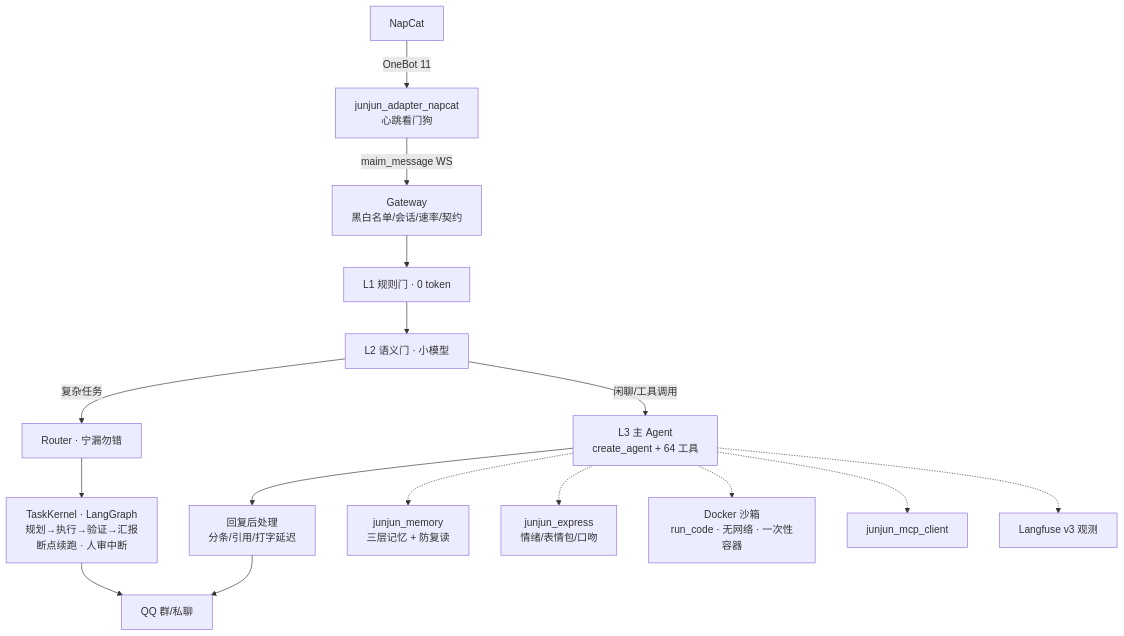
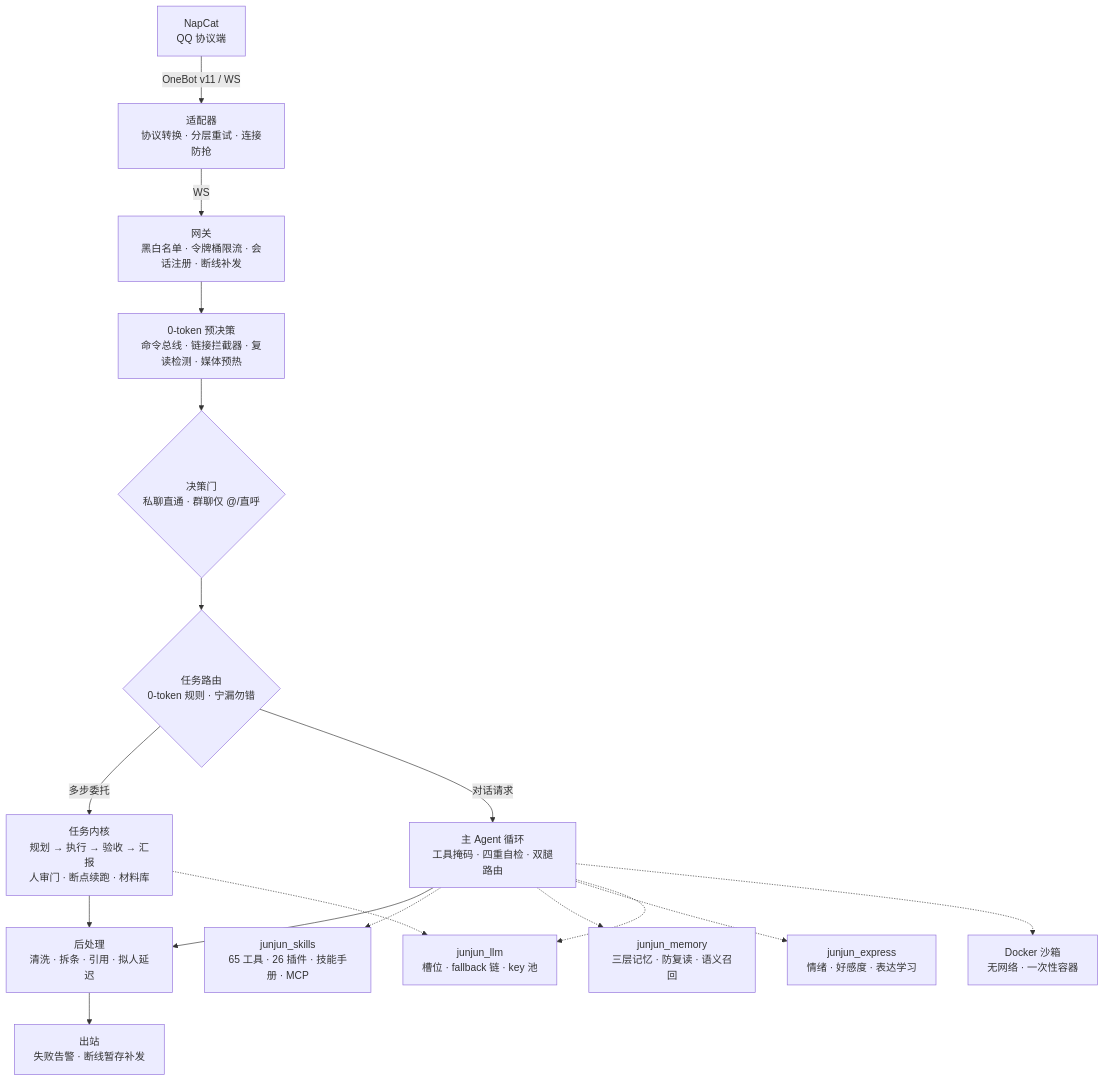
The first of 2 diagrams in README.md (wenjinqing/JunJun_Agent), drawn with Mermaid before and after one commit. The commit also changed other lines of this file, not shown here.

````diff
--- a/README.md
+++ b/README.md
@@ -20,18 +74,19 @@
 ```mermaid
 flowchart TD
-    NC[NapCat] -->|OneBot 11| AD[junjun_adapter_napcat<br/>心跳看门狗]
-    AD -->|maim_message WS| GW[Gateway<br/>黑白名单/会话/速率/契约]
-    GW --> L1[L1 规则门 · 0 token]
-    L1 --> L2[L2 语义门 · 小模型]
-    L2 -->|闲聊/工具调用| L3[L3 主 Agent<br/>create_agent + 64 工具]
-    L2 -->|复杂任务| RT[Router · 宁漏勿错]
-    RT --> TK[TaskKernel · LangGraph<br/>规划→执行→验证→汇报<br/>断点续跑 · 人审中断]
-    L3 --> PP[回复后处理<br/>分条/引用/打字延迟]
-    TK --> QQ[QQ 群/私聊]
-    PP --> QQ
-    L3 -.-> MEM[junjun_memory<br/>三层记忆 + 防复读]
-    L3 -.-> EXP[junjun_express<br/>情绪/表情包/口吻]
-    L3 -.-> SBX[Docker 沙箱<br/>run_code · 无网络 · 一次性容器]
-    L3 -.-> MCP[junjun_mcp_client]
-    L3 -.-> OBS[Langfuse v3 观测]
+    NC[NapCat<br/>QQ 协议端] -->|OneBot v11 / WS| AD[适配器<br/>协议转换 · 分层重试 · 连接防抢]
+    AD -->|WS| GW[网关<br/>黑白名单 · 令牌桶限流 · 会话注册 · 断线补发]
+    GW --> PD[0-token 预决策<br/>命令总线 · 链接拦截器 · 复读检测 · 媒体预热]
+    PD --> GATE{决策门<br/>私聊直通 · 群聊仅 @/直呼}
+    GATE --> RT{任务路由<br/>0-token 规则 · 宁漏勿错}
+    RT -->|多步委托| TK[任务内核<br/>规划 → 执行 → 验收 → 汇报<br/>人审门 · 断点续跑 · 材料库]
+    RT -->|对话请求| AG[主 Agent 循环<br/>工具掩码 · 四重自检 · 双腿路由]
+    AG --> PP[后处理<br/>清洗 · 拆条 · 引用 · 拟人延迟]
+    TK --> PP
+    PP --> OUT[出站<br/>失败告警 · 断线暂存补发]
+    AG -.-> SK[junjun_skills<br/>65 工具 · 26 插件 · 技能手册 · MCP]
+    AG -.-> MEM[junjun_memory<br/>三层记忆 · 防复读 · 语义召回]
+    AG -.-> EXP[junjun_express<br/>情绪 · 好感度 · 表达学习]
+    AG -.-> LLM[junjun_llm<br/>槽位 · fallback 链 · key 池]
+    TK -.-> LLM
+    AG -.-> SBX[Docker 沙箱<br/>无网络 · 一次性容器]
 ```
````
